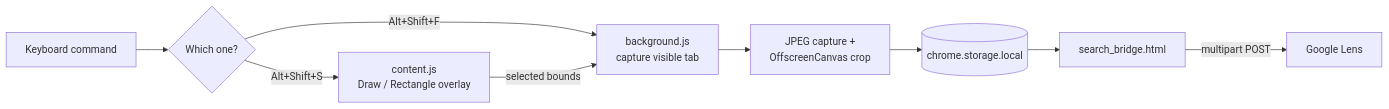
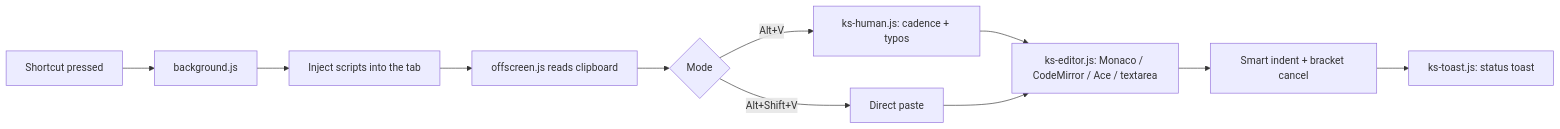
The diagram in README.md (aman-nitb-cse/circle-to-search), drawn with Mermaid before and after one commit. The commit also changed other lines of this file, not shown here.

````diff
--- a/README.md
+++ b/README.md
@@ -87,11 +78,13 @@
 ```mermaid
 flowchart LR
-    A[Keyboard command] --> B{Which one?}
-    B -->|Alt+Shift+S| C[content.js<br/>Draw / Rectangle overlay]
-    B -->|Alt+Shift+F| D[background.js<br/>capture visible tab]
-    C -->|selected bounds| D
-    D --> E[JPEG capture +<br/>OffscreenCanvas crop]
-    E --> F[(chrome.storage.local)]
-    F --> G[search_bridge.html]
-    G -->|multipart POST| H[Google Lens]
+    A[Shortcut pressed] --> B[background.js]
+    B --> C[Inject scripts into the tab]
+    C --> D[offscreen.js reads clipboard]
+    D --> E{Mode}
+    E -->|Alt+V| F[ks-human.js: cadence + typos]
+    E -->|Alt+Shift+V| G[Direct paste]
+    F --> H[ks-editor.js: Monaco / CodeMirror / Ace / textarea]
+    G --> H
+    H --> I[Smart indent + bracket cancel]
+    I --> J[ks-toast.js: status toast]
 ```
````
